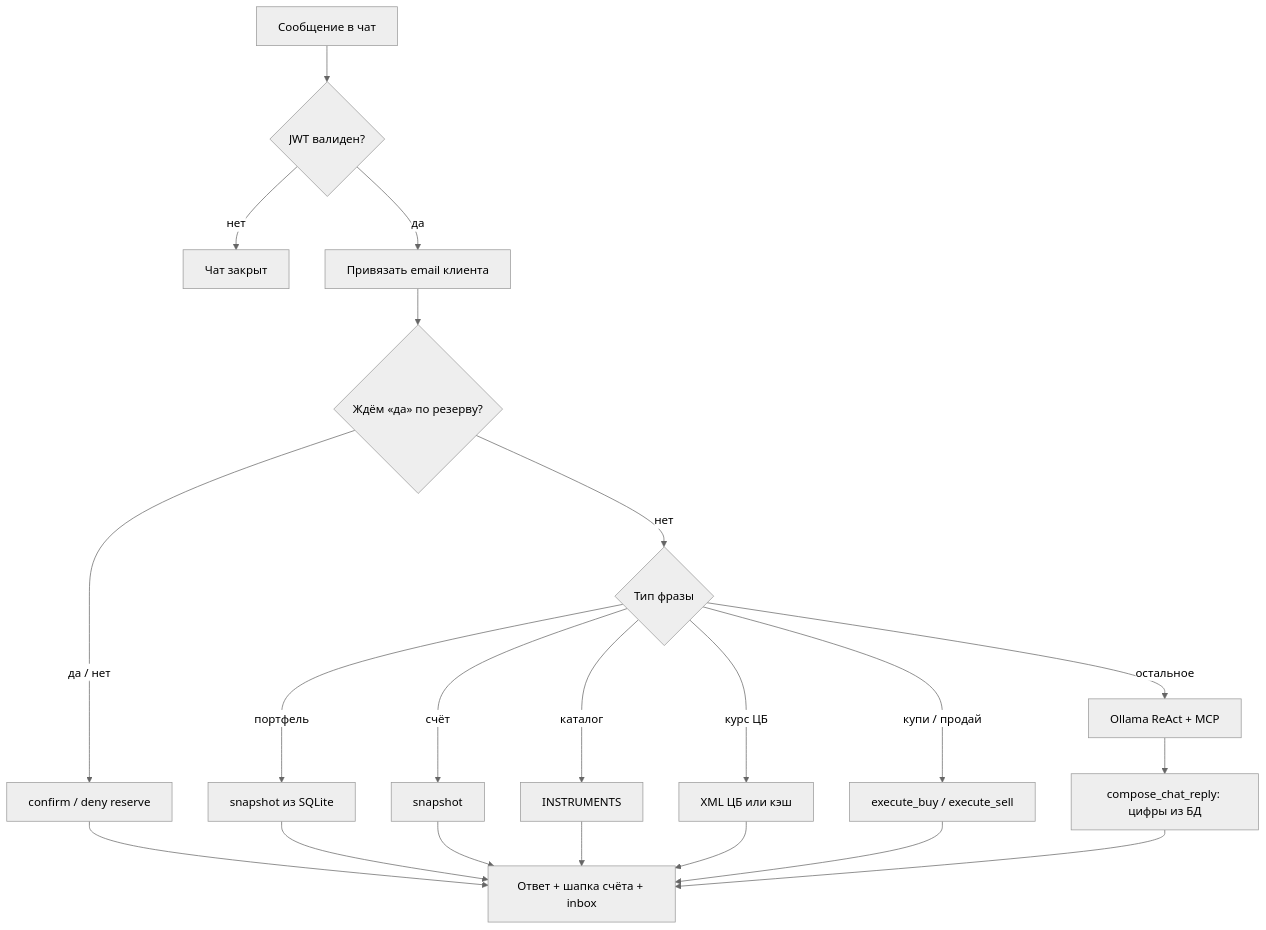
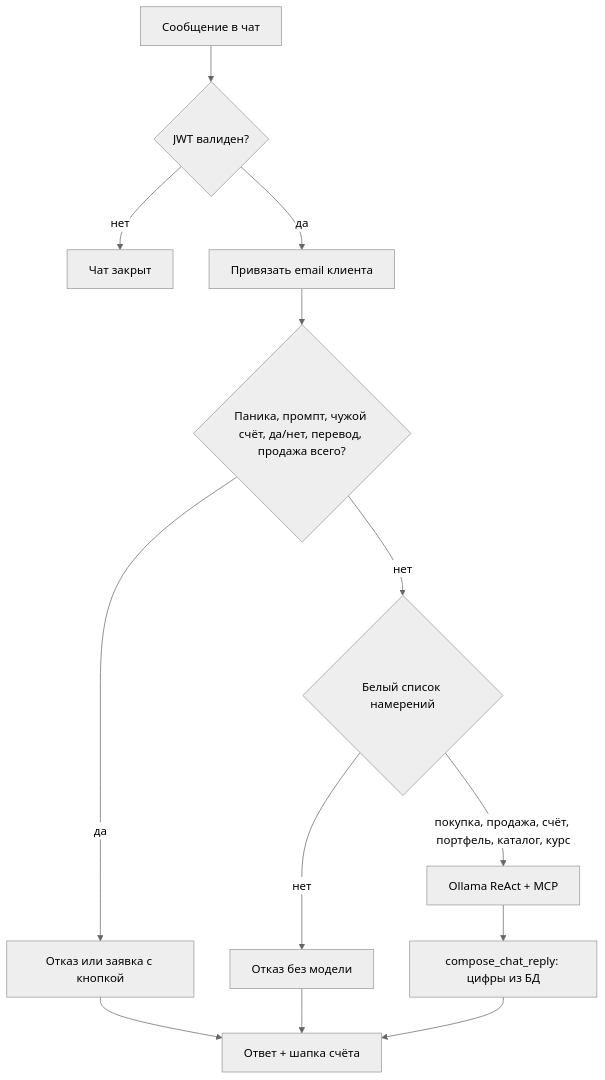
The third of 4 diagrams in docs/ДОКУМЕНТАЦИЯ.md (truchekaterina/mlsecops_agent), drawn with Mermaid (neutral theme) before and after one commit. The commit also changed other lines of this file and 10 other files, not shown here.

Commit message:
Не отправлять модели фразы вне списка торговых намерений.

````diff
--- a/docs/ДОКУМЕНТАЦИЯ.md
+++ b/docs/ДОКУМЕНТАЦИЯ.md
@@ -125,23 +123,15 @@
 ```mermaid
 flowchart TD
   IN[Сообщение в чат] --> JWT{JWT валиден?}
   JWT -->|нет| 401[Чат закрыт]
   JWT -->|да| BIND[Привязать email клиента]
-  BIND --> PEND{Ждём «да» по резерву?}
-  PEND -->|да / нет| HITL[confirm / deny reserve]
-  PEND -->|нет| KIND{Тип фразы}
-  KIND -->|портфель| SNAP1[snapshot из SQLite]
-  KIND -->|счёт| SNAP2[snapshot]
-  KIND -->|каталог| CAT[INSTRUMENTS]
-  KIND -->|курс ЦБ| FX[XML ЦБ или кэш]
-  KIND -->|купи / продай| TRADE[execute_buy / execute_sell]
-  KIND -->|остальное| LLM[Ollama ReAct + MCP]
+  BIND --> EARLY{Паника, промпт, чужой счёт, да/нет, перевод, продажа всего?}
+  EARLY -->|да| STOP[Отказ или заявка с кнопкой]
+  EARLY -->|нет| KIND{Белый список намерений}
+  KIND -->|нет| OFF[Отказ без модели]
+  KIND -->|покупка, продажа, счёт, портфель, каталог, курс| LLM[Ollama ReAct + MCP]
   LLM --> COMP[compose_chat_reply: цифры из БД]
-  HITL --> OUT[Ответ + шапка счёта + inbox]
-  SNAP1 --> OUT
-  SNAP2 --> OUT
-  CAT --> OUT
-  FX --> OUT
-  TRADE --> OUT
+  STOP --> OUT[Ответ + шапка счёта]
+  OFF --> OUT
   COMP --> OUT
 ```
````
